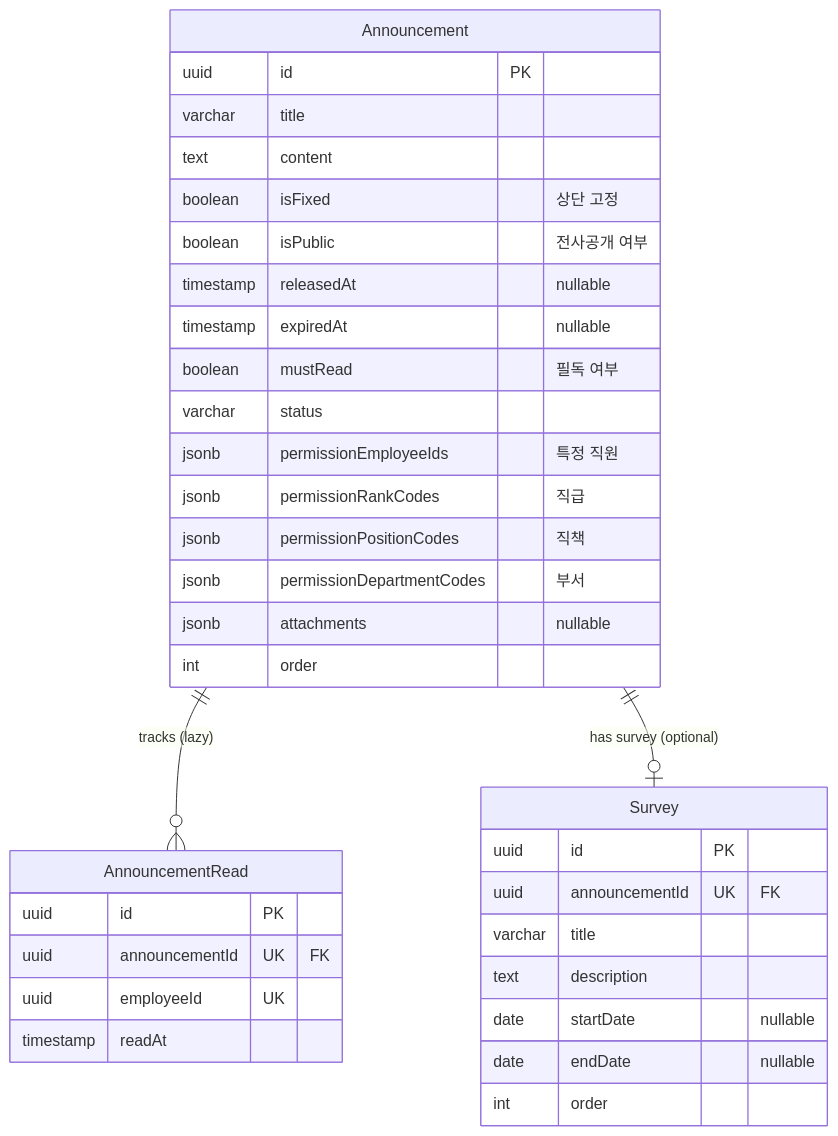
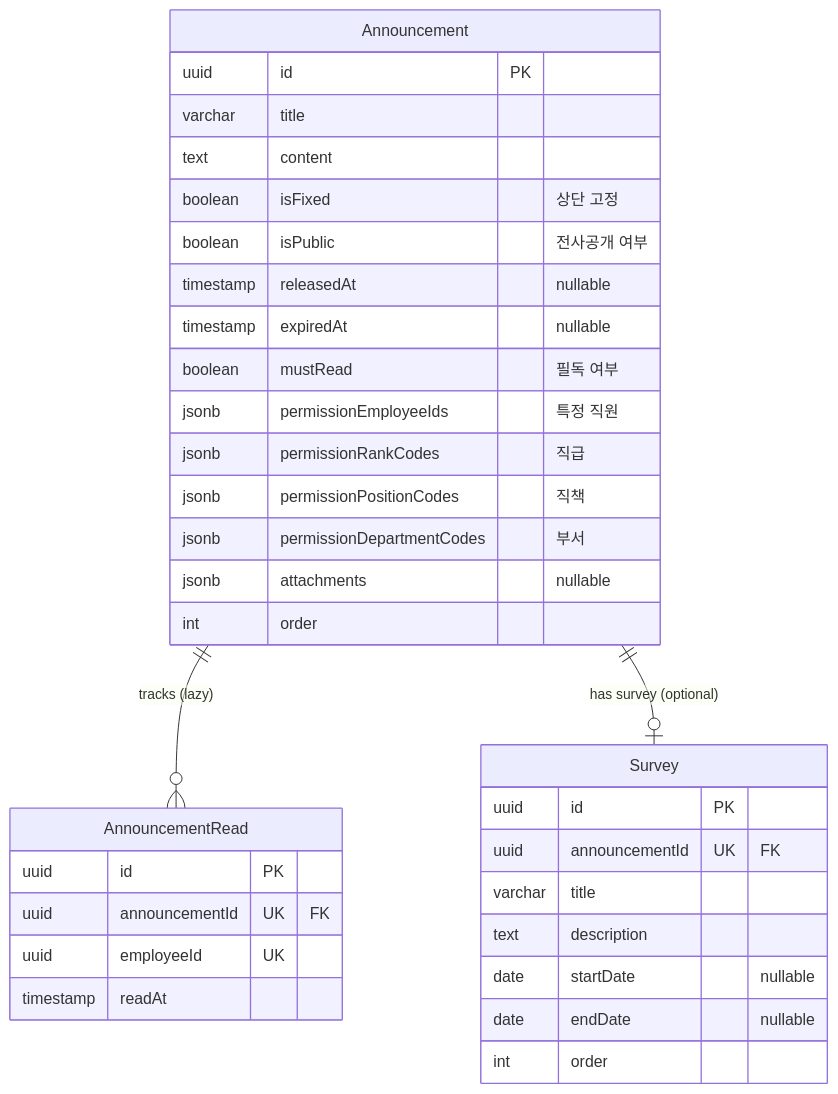
The ninth of 15 diagrams in docs/erd/er-diagram-entities.md (wukdddang/lumir-cms-backend), drawn with Mermaid before and after one commit. The commit also changed other lines of this file and 18 other files, not shown here.

````diff
--- a/docs/erd/er-diagram-entities.md
+++ b/docs/erd/er-diagram-entities.md
@@ -372,40 +372,39 @@
 ```mermaid
 erDiagram
     Announcement {
         uuid id PK
         varchar title
         text content
         boolean isFixed "상단 고정"
         boolean isPublic "전사공개 여부"
         timestamp releasedAt "nullable"
         timestamp expiredAt "nullable"
         boolean mustRead "필독 여부"
-        varchar status
         jsonb permissionEmployeeIds "특정 직원"
         jsonb permissionRankCodes "직급"
         jsonb permissionPositionCodes "직책"
         jsonb permissionDepartmentCodes "부서"
         jsonb attachments "nullable"
         int order
     }
 
     AnnouncementRead {
         uuid id PK
         uuid announcementId UK "FK"
         uuid employeeId UK
         timestamp readAt
     }
 
     Survey {
         uuid id PK
         uuid announcementId UK "FK"
         varchar title
         text description
         date startDate "nullable"
         date endDate "nullable"
         int order
     }
 
     Announcement ||--o{ AnnouncementRead : "tracks (lazy)"
     Announcement ||--o| Survey : "has survey (optional)"
 ```
````
